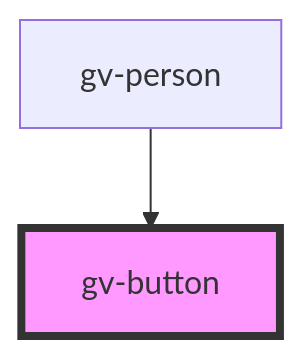
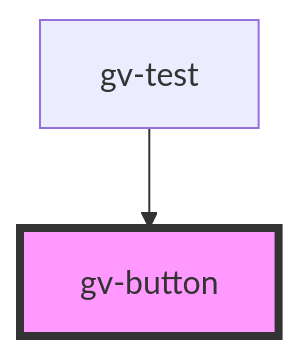
The diagram in web-components/src/components/base/gv-button/readme.md (geovistory/design-system), drawn with Mermaid before and after one commit. The commit also changed other lines of this file and 98 other files, not shown here.

````diff
--- a/web-components/src/components/base/gv-button/readme.md
+++ b/web-components/src/components/base/gv-button/readme.md
@@ -15,5 +15,5 @@
 ```mermaid
 graph TD;
-  gv-person --> gv-button
+  gv-test --> gv-button
   style gv-button fill:#f9f,stroke:#333,stroke-width:4px
 ```
````
